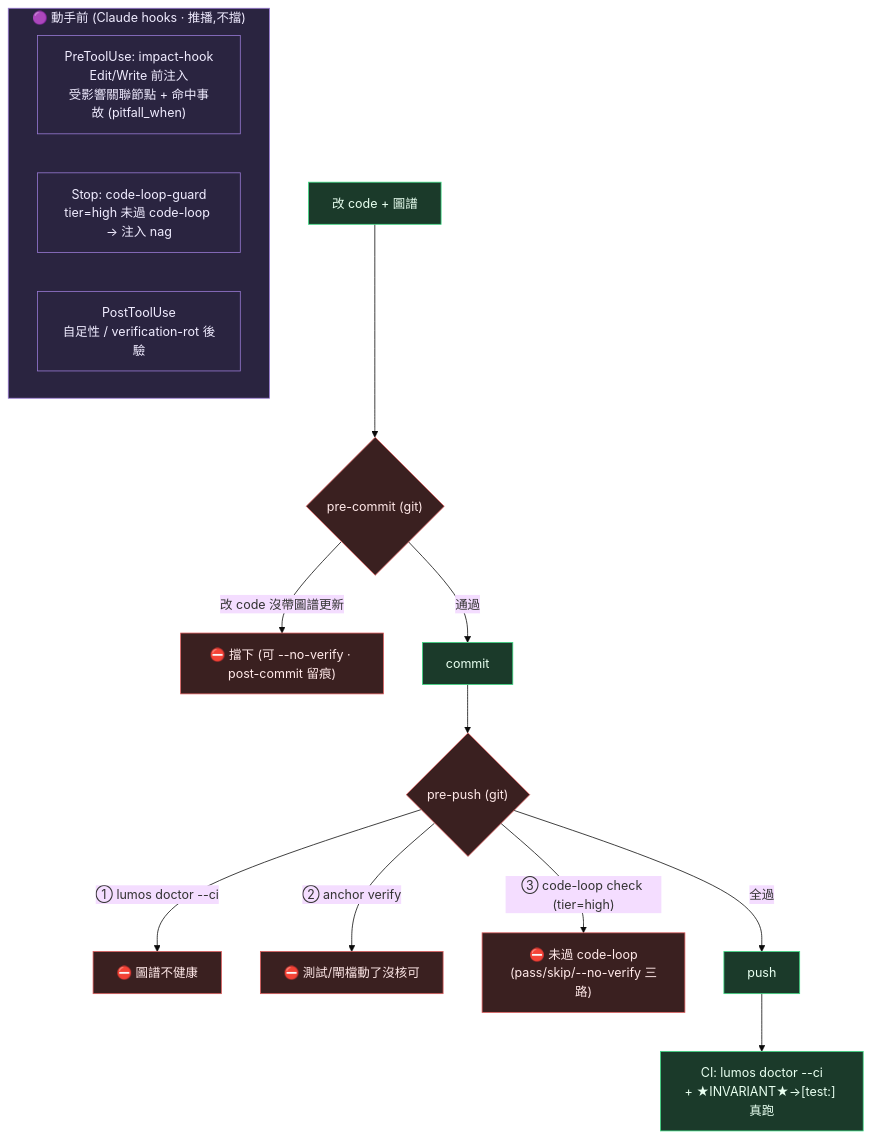
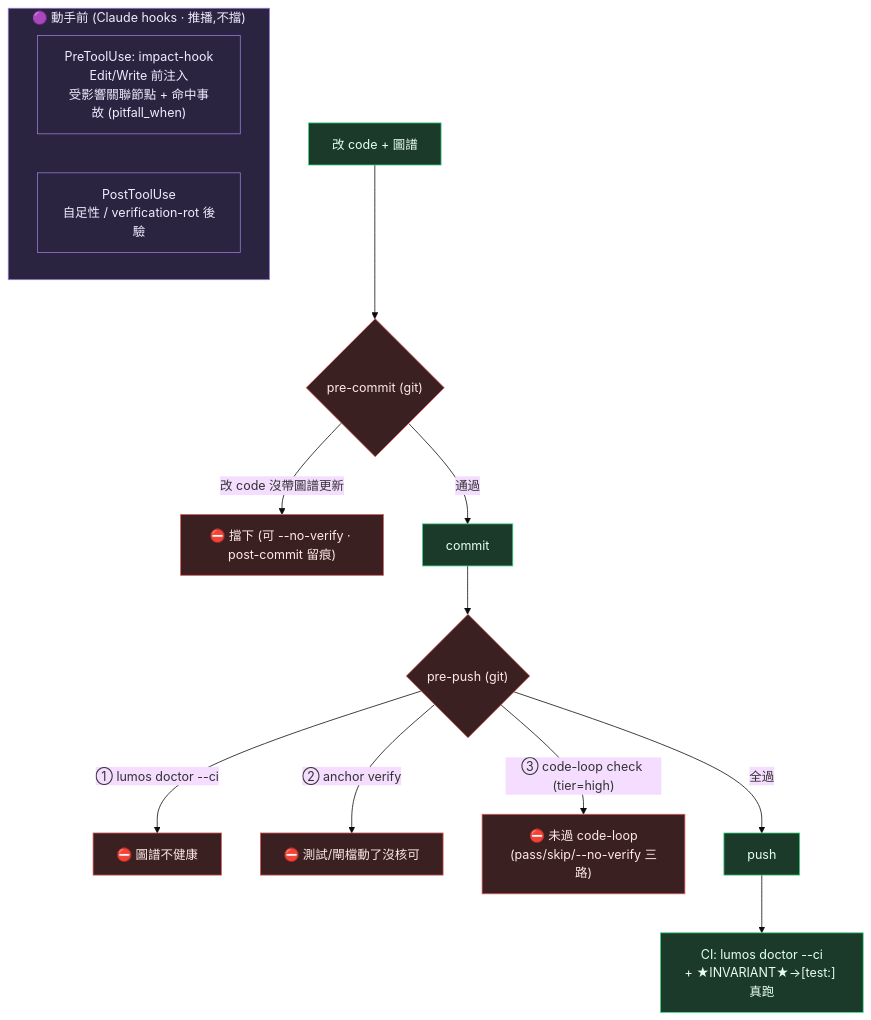
Before and after one commit to EnzoHsieh-Android/Lumos: the fourth of 4 diagrams in ARCHITECTURE.md, drawn with Mermaid (base theme). The commit also changed other lines of this file and 12 other files, not shown here.

First line of the commit message:
chore(hooks): Stop nag 撤除的對稱收尾(7b3aaec 的殘留三層)

````diff
--- a/ARCHITECTURE.md
+++ b/ARCHITECTURE.md
@@ -135,26 +135,25 @@
 ```mermaid
 flowchart TB
     subgraph BEFORE["🟣 動手前 (Claude hooks · 推播,不擋)"]
         PRE["PreToolUse: impact-hook<br/>Edit/Write 前注入<br/>受影響關聯節點 + 命中事故 (pitfall_when)"]
-        STOP["Stop: code-loop-guard<br/>tier=high 未過 code-loop → 注入 nag"]
         POSTT["PostToolUse<br/>自足性 / verification-rot 後驗"]
     end
 
     EDIT["改 code + 圖譜"] --> PC{"pre-commit (git)"}
     PC -->|"改 code 沒帶圖譜更新"| BLOCK["⛔ 擋下 (可 --no-verify · post-commit 留痕)"]
     PC -->|通過| COMMIT["commit"]
 
     COMMIT --> PUSH{"pre-push (git)"}
     PUSH -->|"① lumos doctor --ci"| PB1["⛔ 圖譜不健康"]
     PUSH -->|"② anchor verify"| PB2["⛔ 測試/閘檔動了沒核可"]
     PUSH -->|"③ code-loop check (tier=high)"| PB3["⛔ 未過 code-loop<br/>(pass/skip/--no-verify 三路)"]
     PUSH -->|全過| PASS["push"]
     PASS --> CI["CI: lumos doctor --ci<br/>+ ★INVARIANT★→[test:] 真跑"]
 
     classDef gate fill:#3a2020,stroke:#dc5b5b,color:#ffe8e8
     classDef ok fill:#1b3a2a,stroke:#3ddc84,color:#e8fff0
     classDef push fill:#2a2440,stroke:#9a7bd6,color:#f0ecff
     class PC,PUSH,BLOCK,PB1,PB2,PB3 gate
     class COMMIT,PASS,CI,EDIT ok
-    class BEFORE,PRE,STOP,POSTT push
+    class BEFORE,PRE,POSTT push
 ```
````
